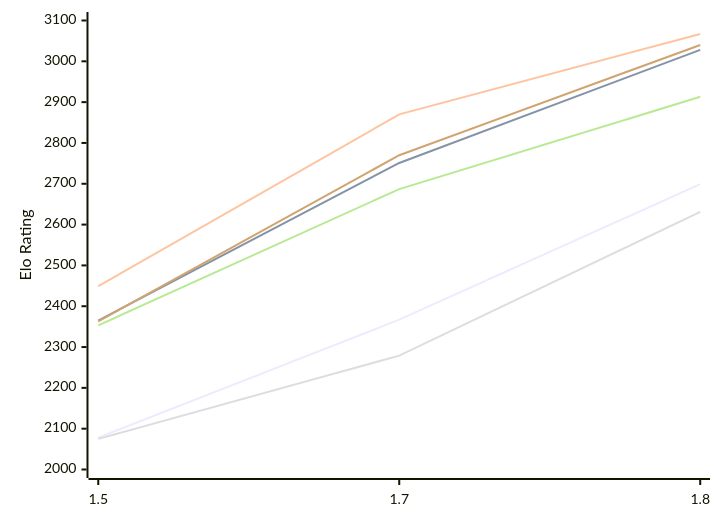
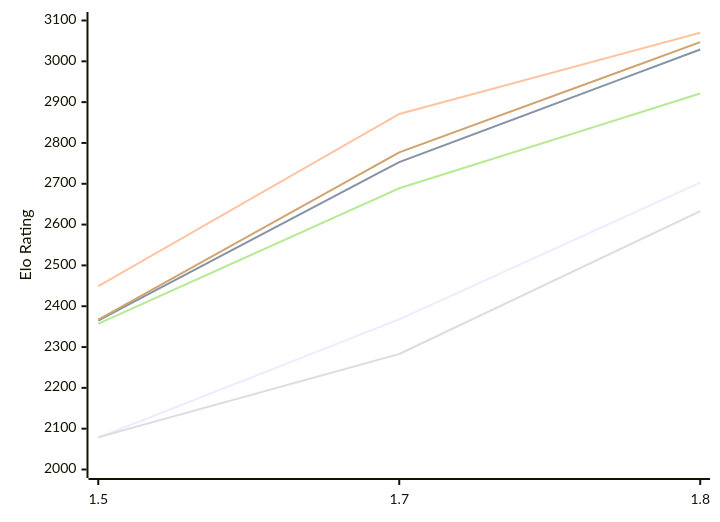
One commit to computer-chess-index/cci changed the first of 2 diagrams in engines/Facon.md. Above: the diagram before and after it, drawn with Mermaid. The commit also changed other lines of this file, not shown here.

Commit message:
Update CCI Ratings (ELO VLTC) - 2026-11-17

````diff
--- a/engines/Facon.md
+++ b/engines/Facon.md
@@ -54,12 +54,12 @@
 ```mermaid
 %%{init: {"theme":"base","themeVariables":{"seriesColors:['#a3a3a3','#222221','#faa371']}}}%%
 xychart-beta
   x-axis ["1.5", "1.7", "1.8"]
   y-axis "Elo Rating" 2000 --> 3100
-  line "E1: STC (8.0+0.08s)" [2078, 2367, 2699]
-  line "E1: LTC (60.0+0.60s)" [2365, 2751, 3028]
-  line "E1: VLTC (2m24s+1.12s)" [2449, 2870, 3067]
-  line "P1: STC (8.0+0.08s)" [2075, 2279, 2631]
-  line "P1: LTC (60.0+0.60s)" [2353, 2687, 2913]
-  line "P1: VLTC (2m24s+1.12s)" [2363, 2770, 3040]
+  line "E1: STC (8.0+0.08s)" [2078, 2368, 2703]
+  line "E1: LTC (60.0+0.60s)" [2365, 2753, 3029]
+  line "E1: VLTC (2m24s+1.12s)" [2449, 2871, 3070]
+  line "P1: STC (8.0+0.08s)" [2079, 2283, 2633]
+  line "P1: LTC (60.0+0.60s)" [2357, 2689, 2921]
+  line "P1: VLTC (2m24s+1.12s)" [2367, 2777, 3047]
 ```
````
